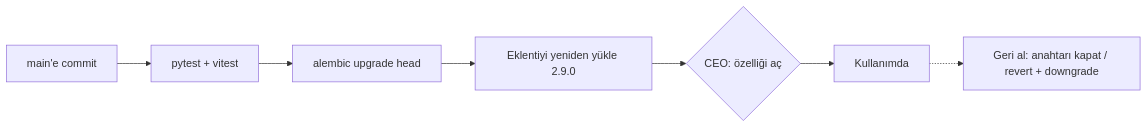
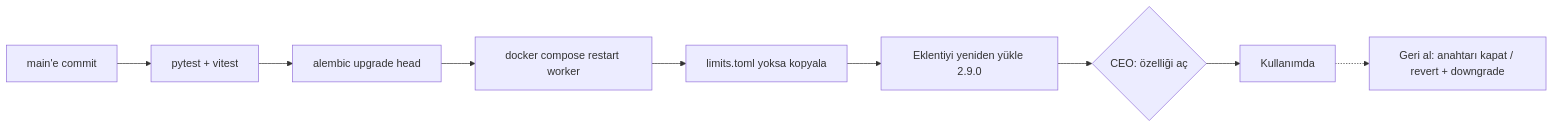
One commit to GktuOktay/InstaAnalytic changed the sixth of 6 diagrams in docs/specs/SPEC-001-kaydedilen-ve-dm-temizleme.md. Above: the diagram before and after it, drawn with Mermaid. The commit also changed other lines of this file and 13 other files, not shown here.

````diff
--- a/docs/specs/SPEC-001-kaydedilen-ve-dm-temizleme.md
+++ b/docs/specs/SPEC-001-kaydedilen-ve-dm-temizleme.md
@@ -874,9 +1411,11 @@
 ```mermaid
 flowchart LR
   K[main'e commit] --> T[pytest + vitest]
   T --> M[alembic upgrade head]
-  M --> E[Eklentiyi yeniden yükle 2.9.0]
+  M --> W[docker compose restart worker]
+  W --> C[limits.toml yoksa kopyala]
+  C --> E[Eklentiyi yeniden yükle 2.9.0]
   E --> O{CEO: özelliği aç}
   O --> L[Kullanımda]
   L -.-> R[Geri al: anahtarı kapat / revert + downgrade]
 ```
````
